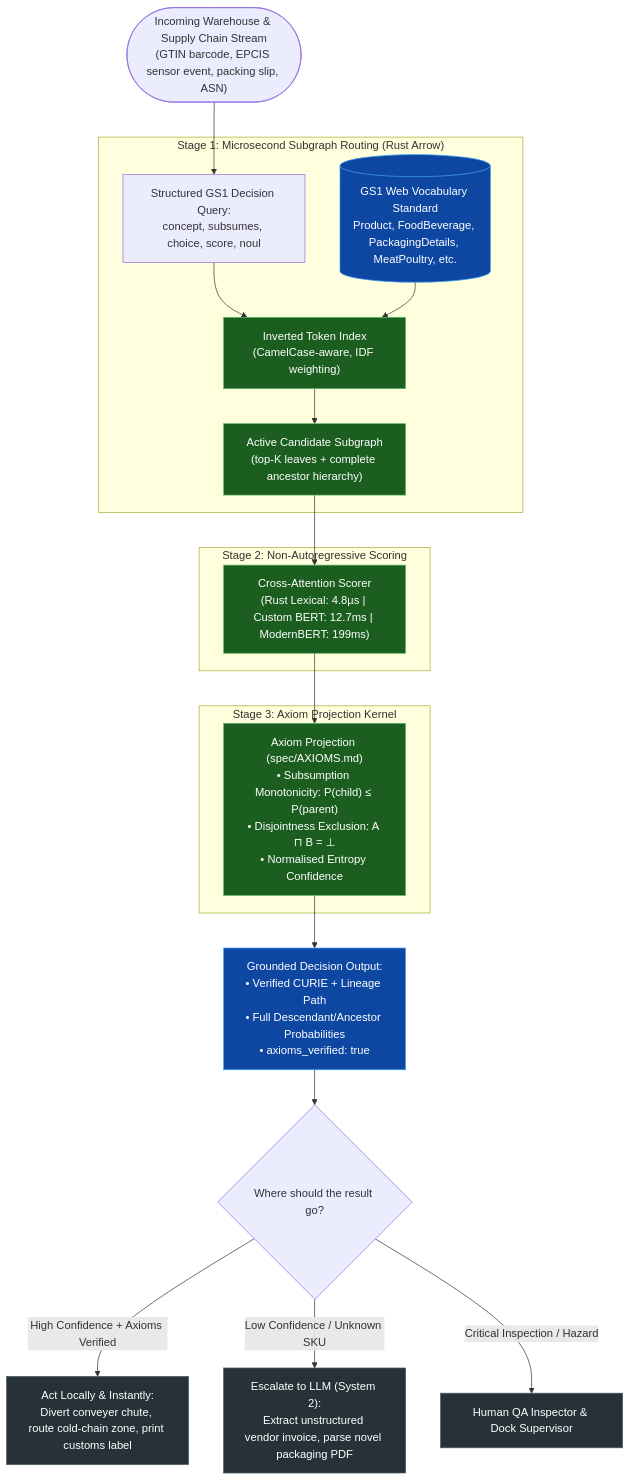
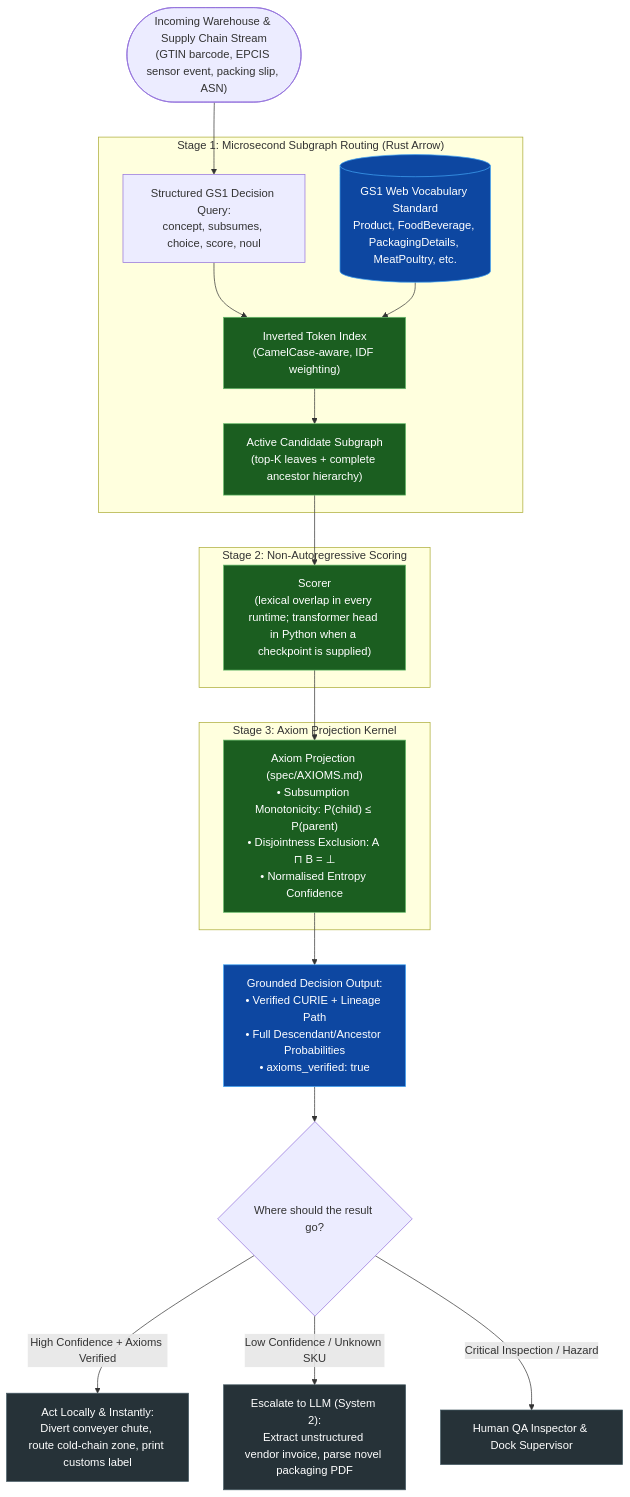
One commit to josaum/olaya changed the diagram in docs/blog/what-o-laya-actually-is.md. Above: the diagram before and after it, drawn with Mermaid. The commit also changed other lines of this file and 2 other files, not shown here.

````diff
--- a/docs/blog/what-o-laya-actually-is.md
+++ b/docs/blog/what-o-laya-actually-is.md
@@ -35,32 +35,32 @@
 ```mermaid
 flowchart TD
     Start(["Incoming Warehouse & Supply Chain Stream<br/>(GTIN barcode, EPCIS sensor event, packing slip, ASN)"]) --> Input["Structured GS1 Decision Query:<br/>concept, subsumes, choice, score, noul"]
     
     subgraph S1["Stage 1: Microsecond Subgraph Routing (Rust Arrow)"]
         Input --> Router["Inverted Token Index<br/>(CamelCase-aware, IDF weighting)"]
         Onto[("GS1 Web Vocabulary Standard<br/>Product, FoodBeverage, PackagingDetails, MeatPoultry, etc.")] --> Router
         Router --> Sub["Active Candidate Subgraph<br/>(top-K leaves + complete ancestor hierarchy)"]
     end
     
     subgraph S2["Stage 2: Non-Autoregressive Scoring"]
-        Sub --> Scorer["Cross-Attention Scorer<br/>(Rust Lexical: 4.8µs | Custom BERT: 12.7ms | ModernBERT: 199ms)"]
+        Sub --> Scorer["Scorer<br/>(lexical overlap in every runtime; transformer head in Python when a checkpoint is supplied)"]
     end
     
     subgraph S3["Stage 3: Axiom Projection Kernel"]
         Scorer --> Proj["Axiom Projection (spec/AXIOMS.md)<br/>• Subsumption Monotonicity: P(child) ≤ P(parent)<br/>• Disjointness Exclusion: A ⊓ B = ⊥<br/>• Normalised Entropy Confidence"]
     end
     
     Proj --> Out["Grounded Decision Output:<br/>• Verified CURIE + Lineage Path<br/>• Full Descendant/Ancestor Probabilities<br/>• axioms_verified: true"]
     
     Out --> Decision{"Where should the result go?"}
     Decision -->|"High Confidence + Axioms Verified"| AutoAct["Act Locally & Instantly:<br/>Divert conveyer chute, route cold-chain zone, print customs label"]
     Decision -->|"Low Confidence / Unknown SKU"| EscalateLLM["Escalate to LLM (System 2):<br/>Extract unstructured vendor invoice, parse novel packaging PDF"]
     Decision -->|"Critical Inspection / Hazard"| HumanReview["Human QA Inspector & Dock Supervisor"]
     
     classDef olaya fill:#1b5e20,stroke:#66bb6a,color:#ffffff
     classDef kernel fill:#0d47a1,stroke:#42a5f5,color:#ffffff
     classDef action fill:#263238,stroke:#455a64,color:#ffffff
     class Router,Sub,Scorer,Proj olaya
     class Onto,Out kernel
     class AutoAct,EscalateLLM,HumanReview action
 ```
````
